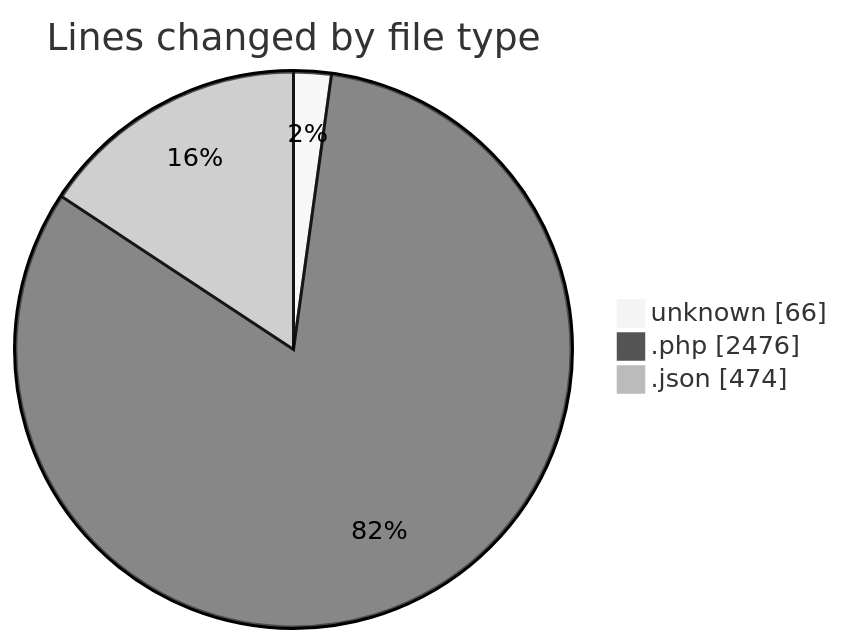
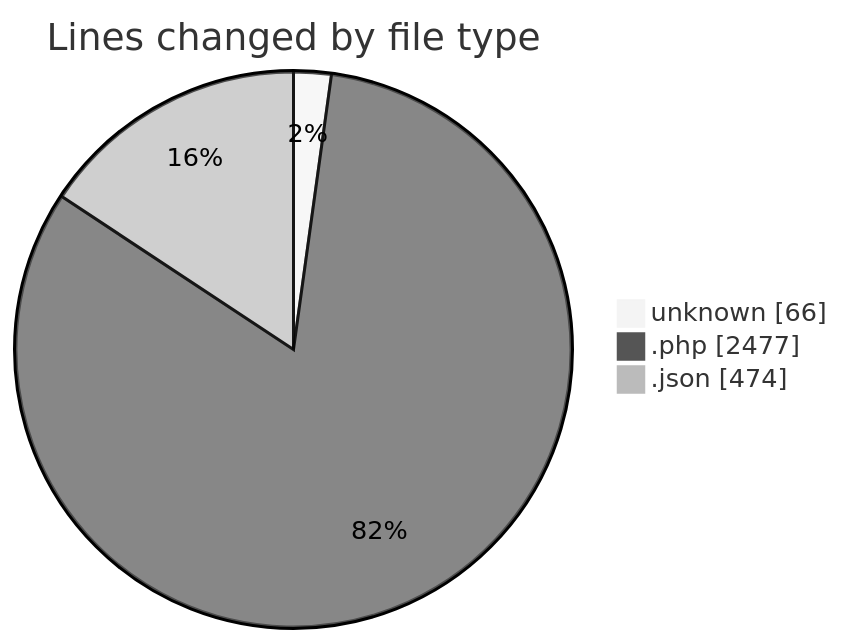
One commit to idhammustaqopulfikri/code-tracking changed the first of 2 diagrams in 2025-05-27/studio-backend/README.md. Above: the diagram before and after it, drawn with Mermaid (neutral theme). The commit also changed other lines of this file and 1 other file, not shown here.

````diff
--- a/2025-05-27/studio-backend/README.md
+++ b/2025-05-27/studio-backend/README.md
@@ -54,7 +54,7 @@
 ```mermaid
 pie showData
 title Lines changed by file type
 "unknown" : 66
-".php" : 2476
+".php" : 2477
 ".json" : 474
 ```
````
